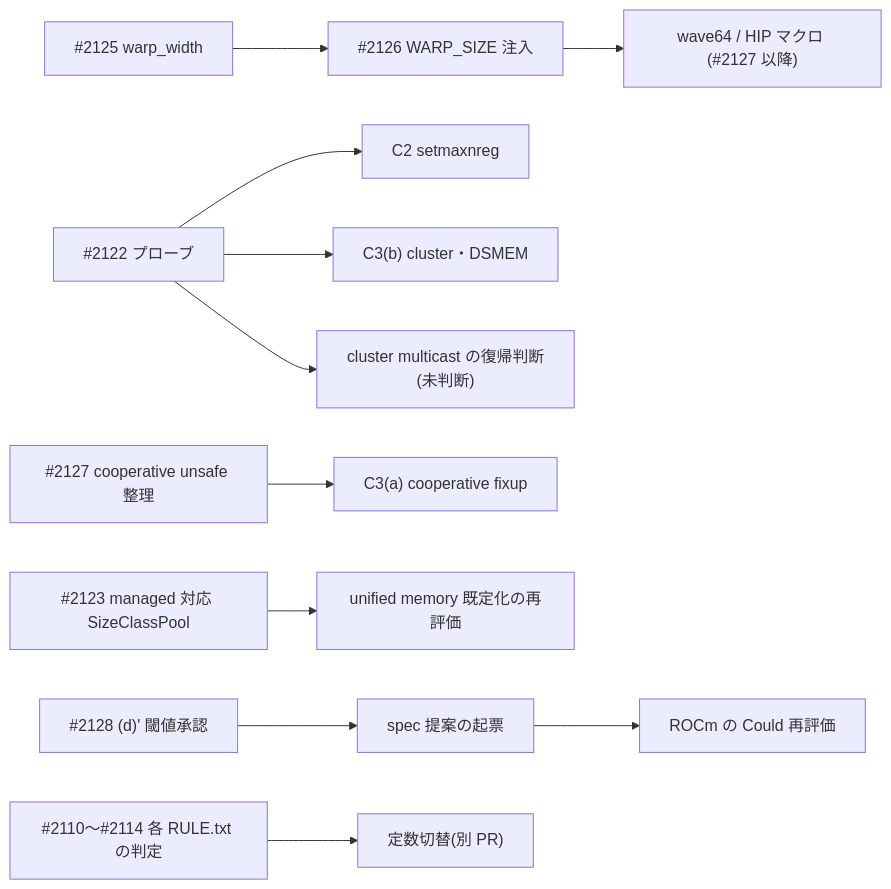
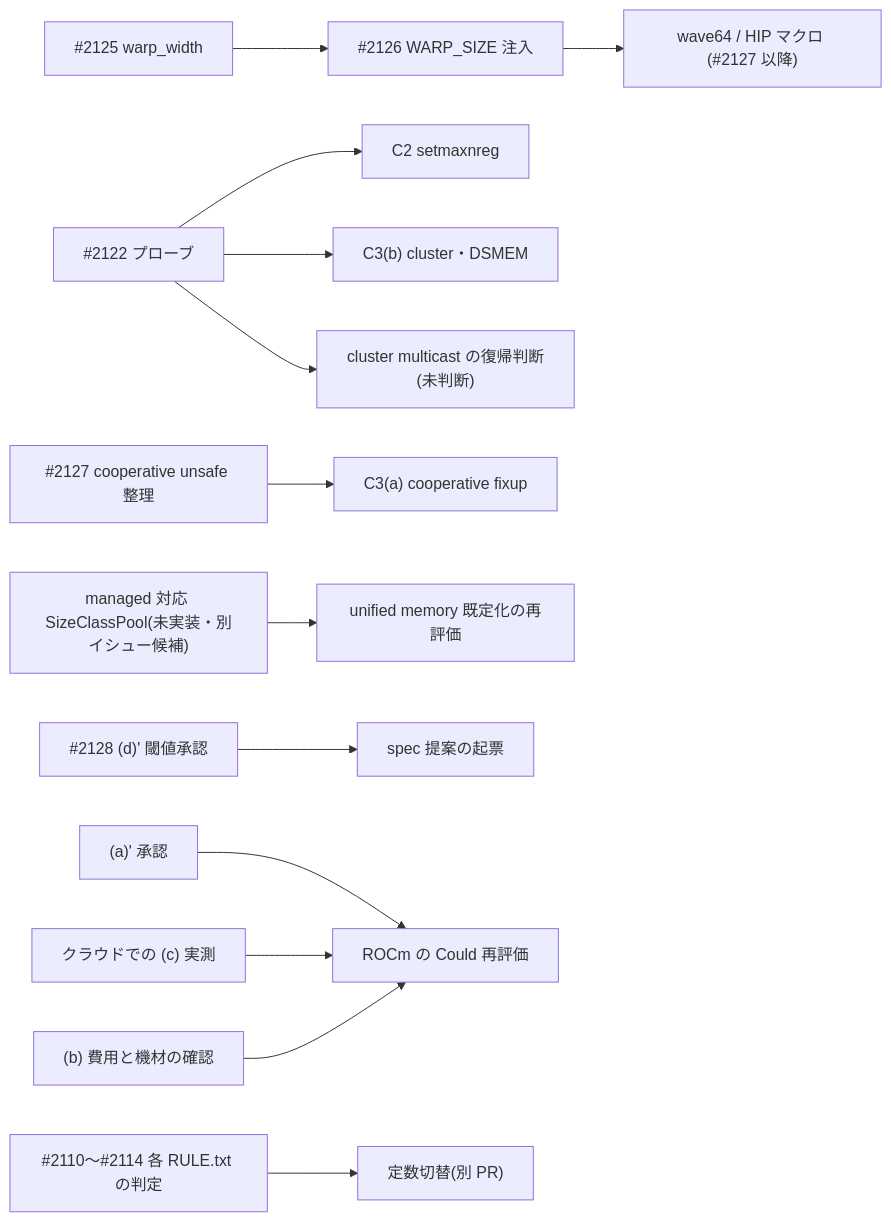
Before and after one commit to Fandhe-AI/fandhe-ai: the diagram in docs/chip-optimization-roadmap.md, drawn with Mermaid. The commit also changed other lines of this file, not shown here.

Commit message:
docs(spec): ロードマップの依存図を SizeClassPool と ROCm 発火条件の出典に合わせる
Refs #2129

````diff
--- a/docs/chip-optimization-roadmap.md
+++ b/docs/chip-optimization-roadmap.md
@@ -171,13 +171,15 @@
 ```mermaid
 flowchart LR
   I2125["#2125 warp_width"] --> I2126["#2126 WARP_SIZE 注入"]
   I2126 --> HIP["wave64 / HIP マクロ (#2127 以降)"]
   I2122["#2122 プローブ"] --> C2["C2 setmaxnreg"]
   I2122 --> C3b["C3(b) cluster・DSMEM"]
   I2122 --> MC["cluster multicast の復帰判断(未判断)"]
   I2127["#2127 cooperative unsafe 整理"] --> C3a["C3(a) cooperative fixup"]
-  I2123["#2123 managed 対応 SizeClassPool"] --> UM["unified memory 既定化の再評価"]
+  SCP["managed 対応 SizeClassPool(未実装・別イシュー候補)"] --> UM["unified memory 既定化の再評価"]
   I2128["#2128 (d)' 閾値承認"] --> SPEC["spec 提案の起票"]
-  SPEC --> ROCM["ROCm の Could 再評価"]
+  A["(a)' 承認"] --> ROCM["ROCm の Could 再評価"]
+  CS["クラウドでの (c) 実測"] --> ROCM
+  B["(b) 費用と機材の確認"] --> ROCM
   RULE["#2110〜#2114 各 RULE.txt の判定"] --> CONST["定数切替(別 PR)"]
 ```
````
